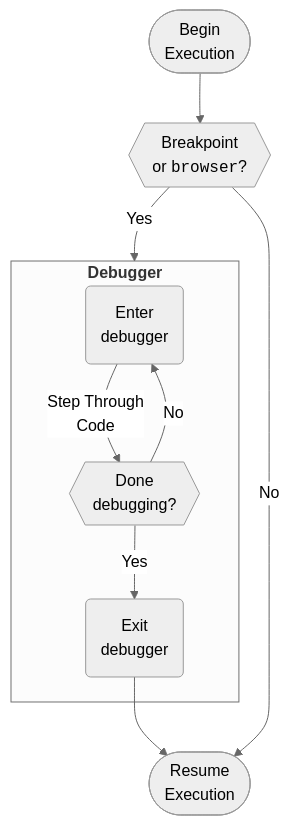
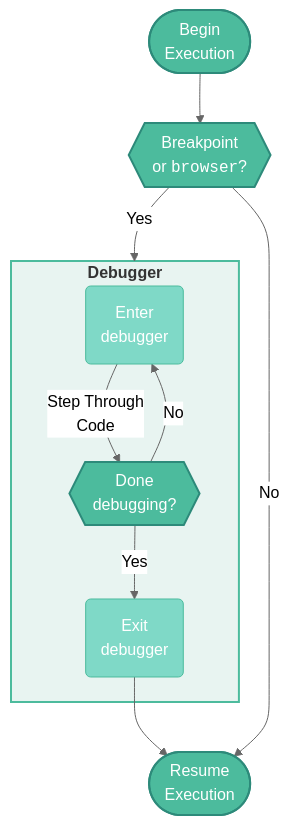
One commit to mjfrigaard/shiny-app-pkgs changed the first of 3 diagrams in debugger.qmd. Above: the diagram before and after it, drawn with Mermaid. The commit also changed other lines of this file and 107 other files, not shown here.

First line of the commit message:
Add consistent teal/light-teal color styling to mermaid diagrams

````diff
--- a/debugger.qmd
+++ b/debugger.qmd
@@ -91,22 +91,30 @@
 ```{mermaid}
 %%| fig-cap: 'Interactive debugger with `browser()` or breakpoint'
 %%| fig-align: center
 %%{init: {'theme': 'neutral', 'themeVariables': { 'fontFamily': 'monospace', "fontSize":"16px"}}}%%
 flowchart TD
         Start(["Begin<br>Execution"])
         Browser{{"Breakpoint<br>or <code>browser</code>?"}}
         subgraph Debugger ["<strong>Debugger</strong>"]
             Step("Enter<br>debugger")
             Step --> |"Step Through<br>Code"|Debug{{"Done<br>debugging?"}}
 
             Debug -->|"No"| Step
             Debug -->|"Yes"| Exit("Exit<br>debugger")
-    
+
         end
         Resume(["Resume<br>Execution"])
-    
+
     Start --> Browser
     Browser -->|"Yes"| Debugger
     Exit --> Resume
     Browser -->|"No"| Resume
+
+    style Start fill:#4CBB9D,color:#fff,stroke:#2d8a7a,stroke-width:2px
+    style Browser fill:#4CBB9D,color:#fff,stroke:#2d8a7a,stroke-width:2px
+    style Resume fill:#4CBB9D,color:#fff,stroke:#2d8a7a,stroke-width:2px
+    style Step fill:#7fd9c7,color:#fff,stroke:#4CBB9D,stroke-width:1px
+    style Debug fill:#4CBB9D,color:#fff,stroke:#2d8a7a,stroke-width:2px
+    style Exit fill:#7fd9c7,color:#fff,stroke:#4CBB9D,stroke-width:1px
+    style Debugger fill:#e8f4f1,stroke:#4CBB9D,stroke-width:2px
 ```
````
